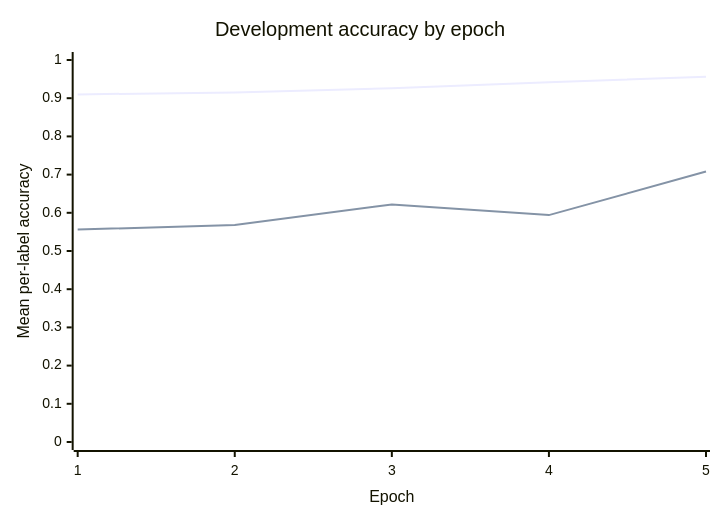
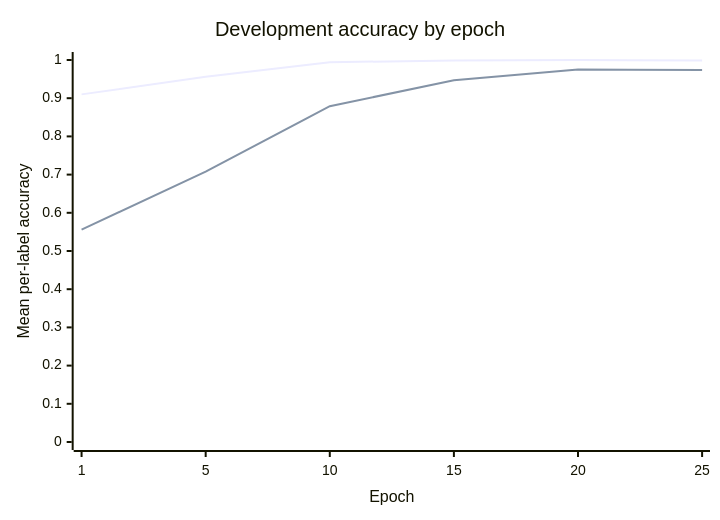
Before and after one commit to andruhus/DL_NLP2026_Semantic_Seekers: the first of 2 diagrams in PARAPHRASE_DETECTION_IMPROVEMENT.md, drawn with Mermaid. The commit also changed other lines of this file, not shown here.

````diff
--- a/PARAPHRASE_DETECTION_IMPROVEMENT.md
+++ b/PARAPHRASE_DETECTION_IMPROVEMENT.md
@@ -138,8 +190,8 @@
 ```mermaid
 xychart-beta
     title "Development accuracy by epoch"
-    x-axis "Epoch" [1, 2, 3, 4, 5]
+    x-axis "Epoch" [1, 5, 10, 15, 20, 25]
     y-axis "Mean per-label accuracy" 0 --> 1
-    line [0.910, 0.915, 0.926, 0.942, 0.956]
-    line [0.556, 0.568, 0.622, 0.594, 0.708]
+    line [0.910, 0.956, 0.994, 0.999, 1.000, 0.999]
+    line [0.556, 0.708, 0.879, 0.947, 0.975, 0.974]
 ```
````
